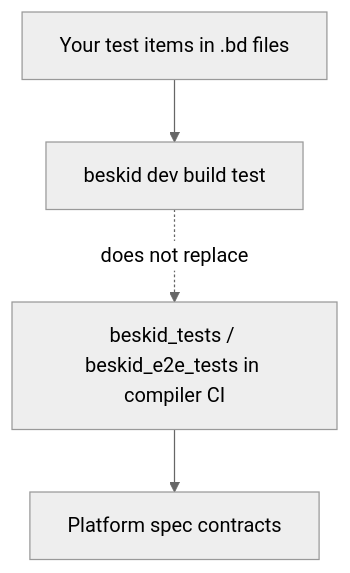
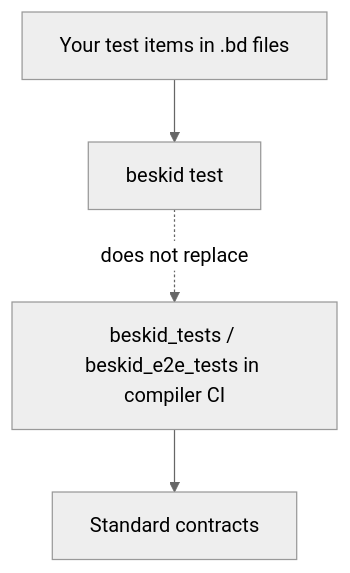
The diagram in site/website/src/content/docs/book/08-green-tests-red-production/conformance-vs-unit.md (Cyber-Nomad-Collective/beskid), drawn with Mermaid (neutral theme) before and after one commit. The commit also changed other lines of this file and 527 other files, not shown here.

````diff
--- a/site/website/src/content/docs/book/08-green-tests-red-production/conformance-vs-unit.md
+++ b/site/website/src/content/docs/book/08-green-tests-red-production/conformance-vs-unit.md
@@ -31,12 +31,12 @@
 ```mermaid
 flowchart TB
   accTitle: Unit tests versus conformance suites
   accDescr: Your test items run through the CLI, while compiler conformance suites check the platform spec contracts and are not replaced by user tests.
   userTests[Your test items in .bd files]
-  cli[beskid dev build test]
+  cli[beskid test]
   conformance[beskid_tests / beskid_e2e_tests in compiler CI]
-  spec[Platform spec contracts]
+  spec[Standard contracts]
   userTests --> cli
   conformance --> spec
   cli -.->|does not replace| conformance
 ```
````
